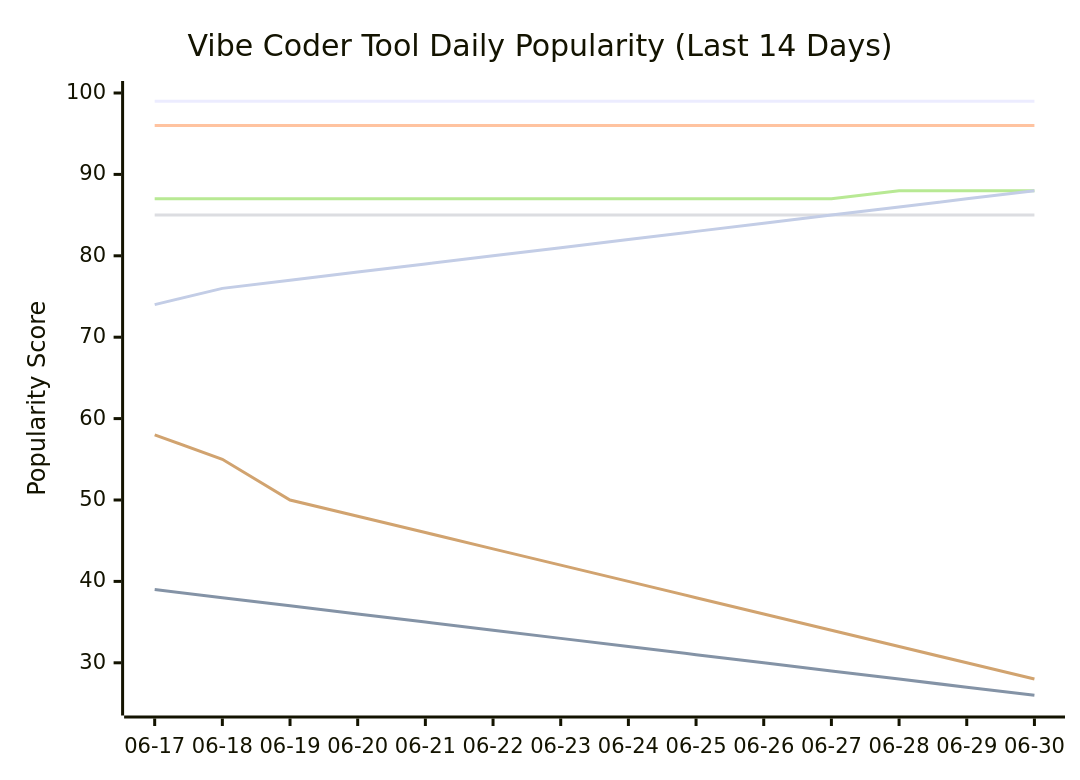
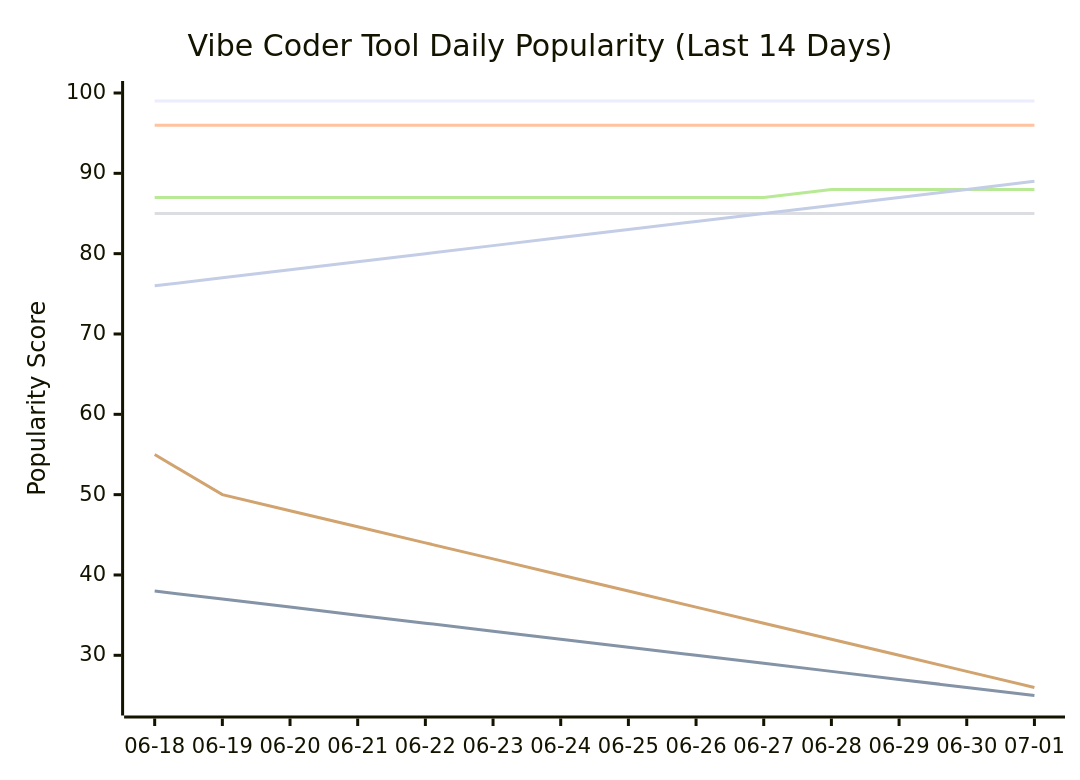
Before and after one commit to tykimos/ai-whatchelin: the seventh of 11 diagrams in README.md, drawn with Mermaid. The commit also changed other lines of this file and 4 other files, not shown here.

````diff
--- a/README.md
+++ b/README.md
@@ -1769,13 +1774,13 @@
 ```mermaid
 xychart-beta
     title "Vibe Coder Tool Daily Popularity (Last 14 Days)"
-    x-axis ["06-17", "06-18", "06-19", "06-20", "06-21", "06-22", "06-23", "06-24", "06-25", "06-26", "06-27", "06-28", "06-29", "06-30"]
-    y-axis "Popularity Score" 25 --> 100
+    x-axis ["06-18", "06-19", "06-20", "06-21", "06-22", "06-23", "06-24", "06-25", "06-26", "06-27", "06-28", "06-29", "06-30", "07-01"]
+    y-axis "Popularity Score" 24 --> 100
     line "Claude Code" [99, 99, 99, 99, 99, 99, 99, 99, 99, 99, 99, 99, 99, 99]
-    line "GH Copilot" [39, 38, 37, 36, 35, 34, 33, 32, 31, 30, 29, 28, 27, 26]
+    line "GH Copilot" [38, 37, 36, 35, 34, 33, 32, 31, 30, 29, 28, 27, 26, 25]
     line "Cursor" [96, 96, 96, 96, 96, 96, 96, 96, 96, 96, 96, 96, 96, 96]
     line "Windsurf" [85, 85, 85, 85, 85, 85, 85, 85, 85, 85, 85, 85, 85, 85]
-    line "Codex CLI" [87, 87, 87, 87, 87, 87, 87, 87, 87, 87, 87, 88, 88, 88]
-    line "Gemini CLI" [58, 55, 50, 48, 46, 44, 42, 40, 38, 36, 34, 32, 30, 28]
-    line "Antigravity" [74, 76, 77, 78, 79, 80, 81, 82, 83, 84, 85, 86, 87, 88]
+    line "Codex CLI" [87, 87, 87, 87, 87, 87, 87, 87, 87, 87, 88, 88, 88, 88]
+    line "Gemini CLI" [55, 50, 48, 46, 44, 42, 40, 38, 36, 34, 32, 30, 28, 26]
+    line "Antigravity" [76, 77, 78, 79, 80, 81, 82, 83, 84, 85, 86, 87, 88, 89]
 ```
````
